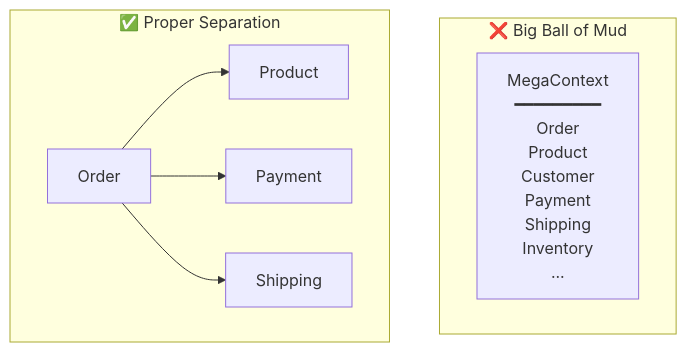
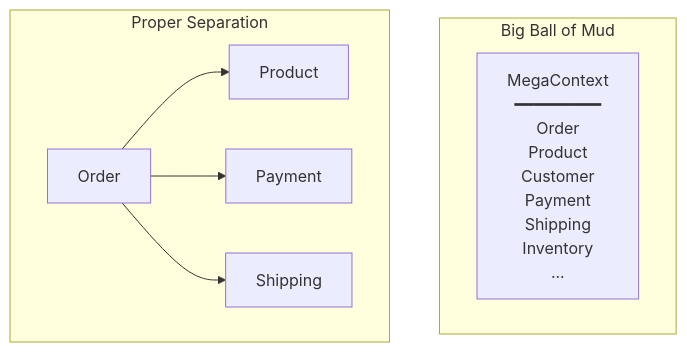
Before and after one commit to advanced-beginner/advanced-beginner.github.io: the first of 2 diagrams in content/en/docs/ddd/concepts/anti-patterns.md, drawn with Mermaid. The commit also changed other lines of this file and 26 other files, not shown here.

````diff
--- a/content/en/docs/ddd/concepts/anti-patterns.md
+++ b/content/en/docs/ddd/concepts/anti-patterns.md
@@ -17,16 +28,16 @@
 ```mermaid
 flowchart TB
-    subgraph Bad["❌ Big Ball of Mud"]
+    subgraph Bad["Big Ball of Mud"]
         MEGA["MegaContext<br>━━━━━━━━━<br>Order<br>Product<br>Customer<br>Payment<br>Shipping<br>Inventory<br>..."]
     end
 
-    subgraph Good["✅ Proper Separation"]
+    subgraph Good["Proper Separation"]
         C1["Order"]
         C2["Product"]
         C3["Payment"]
         C4["Shipping"]
         C1 --> C2
         C1 --> C3
         C1 --> C4
     end
 ```
````
